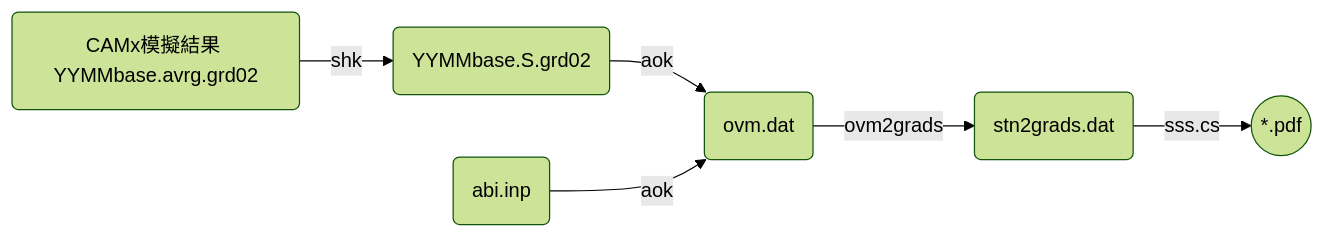
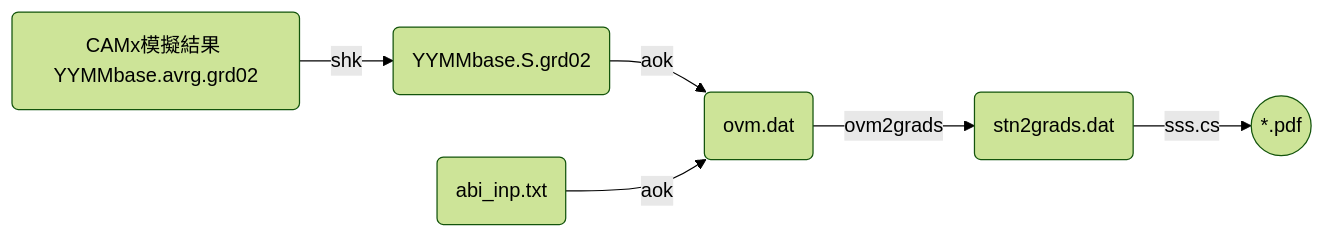
One commit to sinotec2/FAQ changed the first of 2 diagrams in _posts/2022-07-20-aok.md. Above: the diagram before and after it, drawn with Mermaid (forest theme). The commit also changed other lines of this file, not shown here.

````diff
--- a/_posts/2022-07-20-aok.md
+++ b/_posts/2022-07-20-aok.md
@@ -21,8 +21,8 @@
 ```mermaid
 graph LR
     A(CAMx模擬結果 YYMMbase.avrg.grd02) -- shk --> B(YYMMbase.S.grd02)
     B(YYMMbase.S.grd02) -- aok --> C(ovm.dat)
-    D(abi.inp) -- aok --> C(ovm.dat)
+    D(abi_inp.txt) -- aok --> C(ovm.dat)
     C(ovm.dat) -- ovm2grads --> E(stn2grads.dat)
     E(stn2grads.dat) -- sss.cs --> F((*.pdf))
 ```
````
